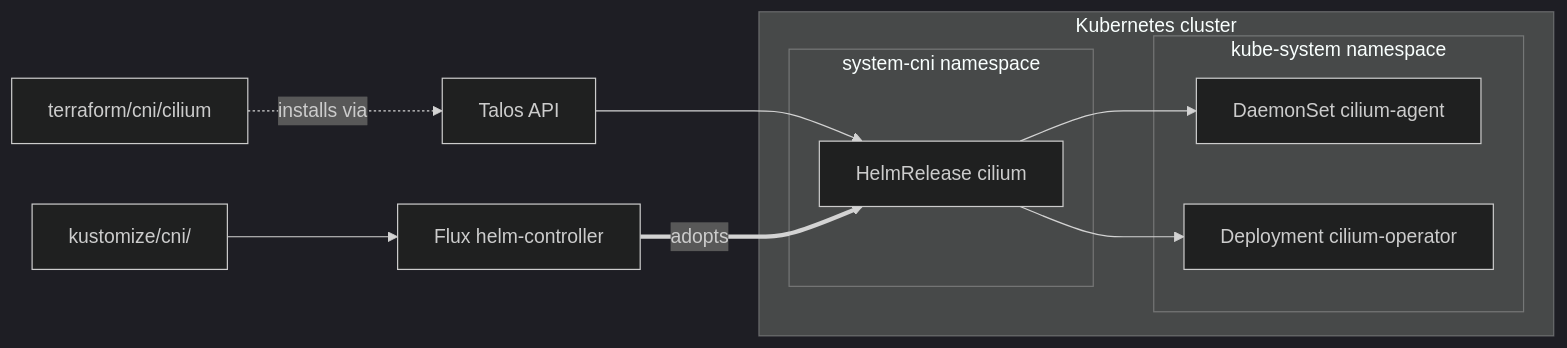
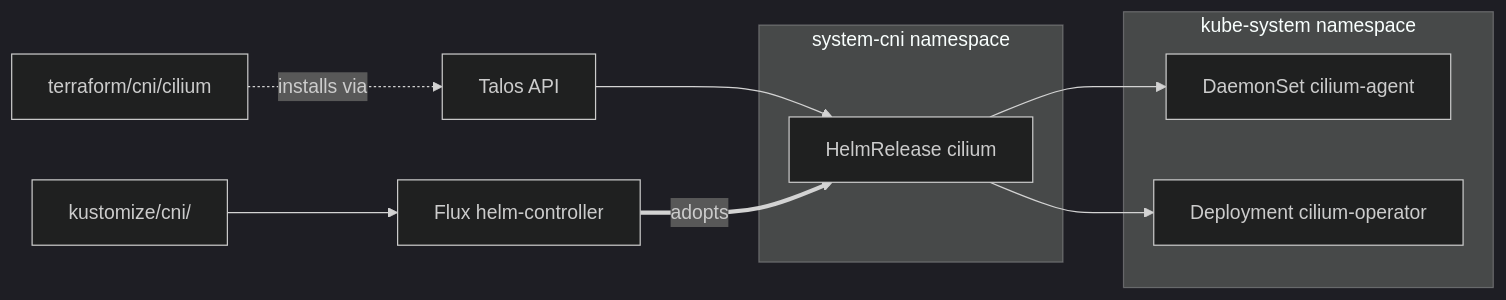
One commit to windsorcli/core changed the diagram in terraform/cni/README.md. Above: the diagram before and after it, drawn with Mermaid (dark theme). The commit also changed 6 other files, not shown here.

Commit message:
chore(docs): refine flowcharts in README files for backend, cluster, compute, CNI, network, gitops, and workstation categories

````diff
--- a/terraform/cni/README.md
+++ b/terraform/cni/README.md
@@ -22,25 +22,23 @@
 ```mermaid
 flowchart LR
   tf[terraform/cni/cilium]
   api[Talos API]
 
-  subgraph cluster[Kubernetes cluster]
-    subgraph syscni[system-cni namespace]
-      hr[HelmRelease cilium]
-    end
-    subgraph kubesys[kube-system namespace]
-      agent[DaemonSet cilium-agent]
-      op[Deployment cilium-operator]
-    end
+  subgraph syscni[system-cni namespace]
+    hr[HelmRelease cilium]
+  end
+  subgraph kubesys[kube-system namespace]
+    agent[DaemonSet cilium-agent]
+    op[Deployment cilium-operator]
   end
 
   flux[Flux helm-controller]
   kCni[kustomize/cni/]
 
   tf -.installs via.-> api
   api --> hr
   hr --> agent
   hr --> op
   flux ==adopts==> hr
   kCni --> flux
 ```
````
